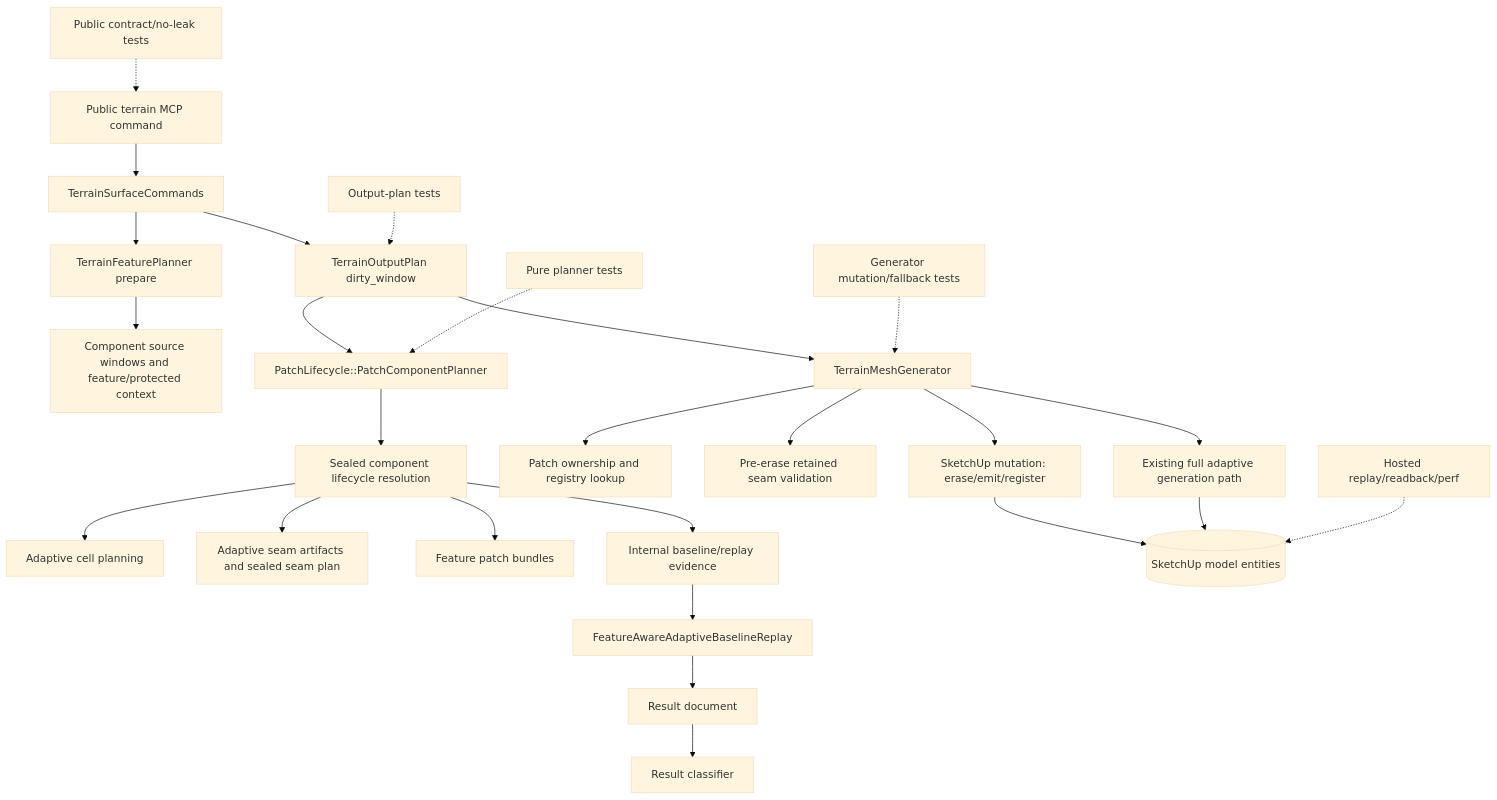
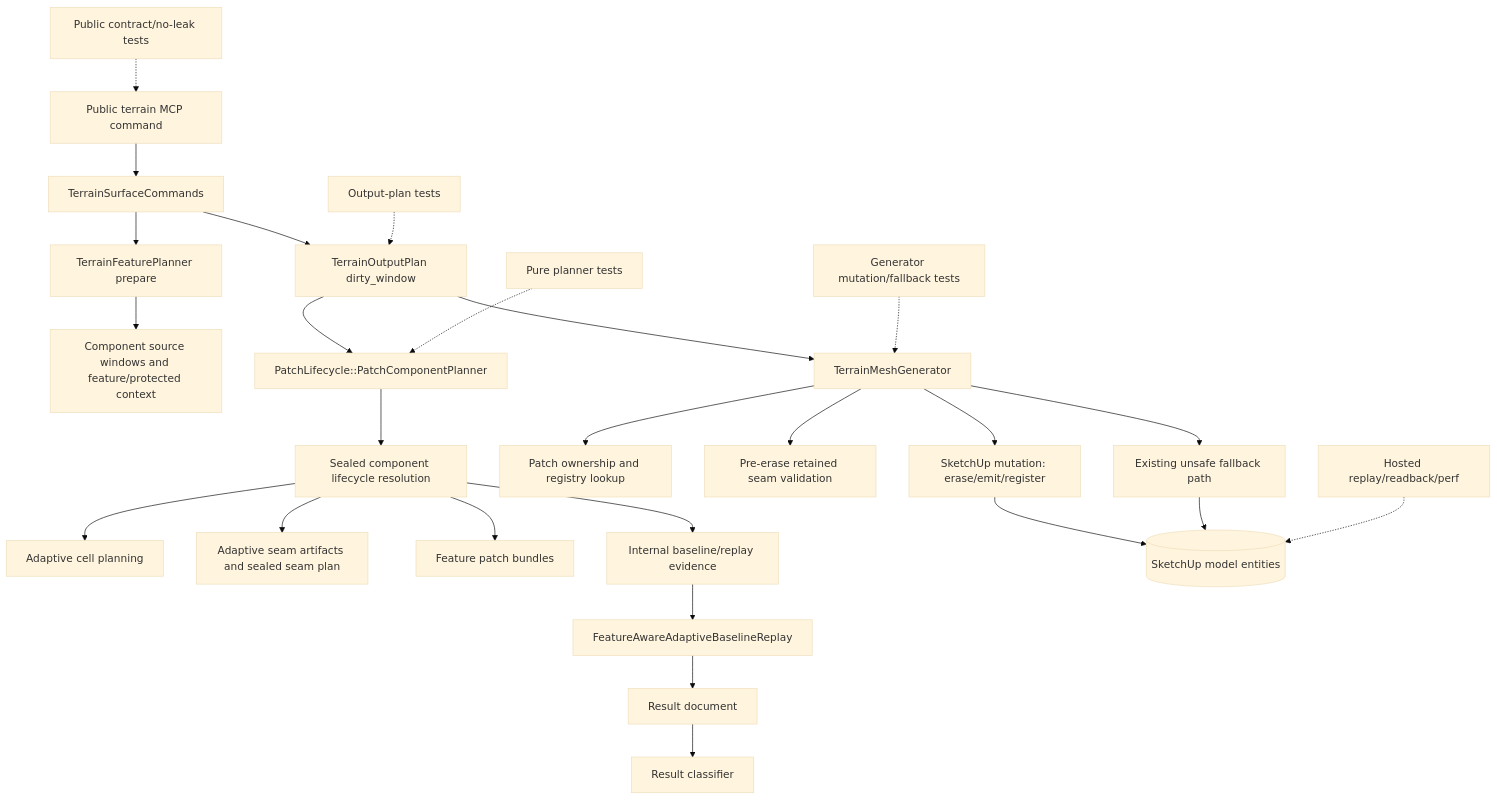
Before and after one commit to fioer1/sketchup-mcp-server: the diagram in specifications/tasks/managed-terrain-surface-authoring/MTA-43-add-patch-component-planner-for-cross-patch-features/plan.md, drawn with Mermaid (base theme). The commit also changed other lines of this file and 24 other files, not shown here.

````diff
--- a/specifications/tasks/managed-terrain-surface-authoring/MTA-43-add-patch-component-planner-for-cross-patch-features/plan.md
+++ b/specifications/tasks/managed-terrain-surface-authoring/MTA-43-add-patch-component-planner-for-cross-patch-features/plan.md
@@ -170,29 +176,29 @@
 ```mermaid
 flowchart TD
   PublicMCP[Public terrain MCP command] --> Command[TerrainSurfaceCommands]
   Command --> FeaturePlan[TerrainFeaturePlanner prepare]
   Command --> OutputPlan[TerrainOutputPlan dirty_window]
   FeaturePlan --> Sources[Component source windows and feature/protected context]
   OutputPlan --> ComponentPlanner[PatchLifecycle::PatchComponentPlanner]
   ComponentPlanner --> Resolution[Sealed component lifecycle resolution]
   Resolution --> AdaptiveCells[Adaptive cell planning]
   Resolution --> SeamPlan[Adaptive seam artifacts and sealed seam plan]
   Resolution --> PatchBundles[Feature patch bundles]
   Resolution --> Evidence[Internal baseline/replay evidence]
   OutputPlan --> MeshGenerator[TerrainMeshGenerator]
   MeshGenerator --> Ownership[Patch ownership and registry lookup]
   MeshGenerator --> SeamGate[Pre-erase retained seam validation]
   MeshGenerator --> Mutation[SketchUp mutation: erase/emit/register]
-  MeshGenerator --> FullFallback[Existing full adaptive generation path]
+  MeshGenerator --> UnsafeFallback[Existing unsafe fallback path]
   Mutation --> SketchUp[(SketchUp model entities)]
-  FullFallback --> SketchUp
+  UnsafeFallback --> SketchUp
   Evidence --> Replay[FeatureAwareAdaptiveBaselineReplay]
   Replay --> ResultDoc[Result document]
   ResultDoc --> Classifier[Result classifier]
 
   UnitTests[Pure planner tests] -.-> ComponentPlanner
   PlanTests[Output-plan tests] -.-> OutputPlan
   GeneratorTests[Generator mutation/fallback tests] -.-> MeshGenerator
   ContractTests[Public contract/no-leak tests] -.-> PublicMCP
   Hosted[Hosted replay/readback/perf] -.-> SketchUp
 ```
````
